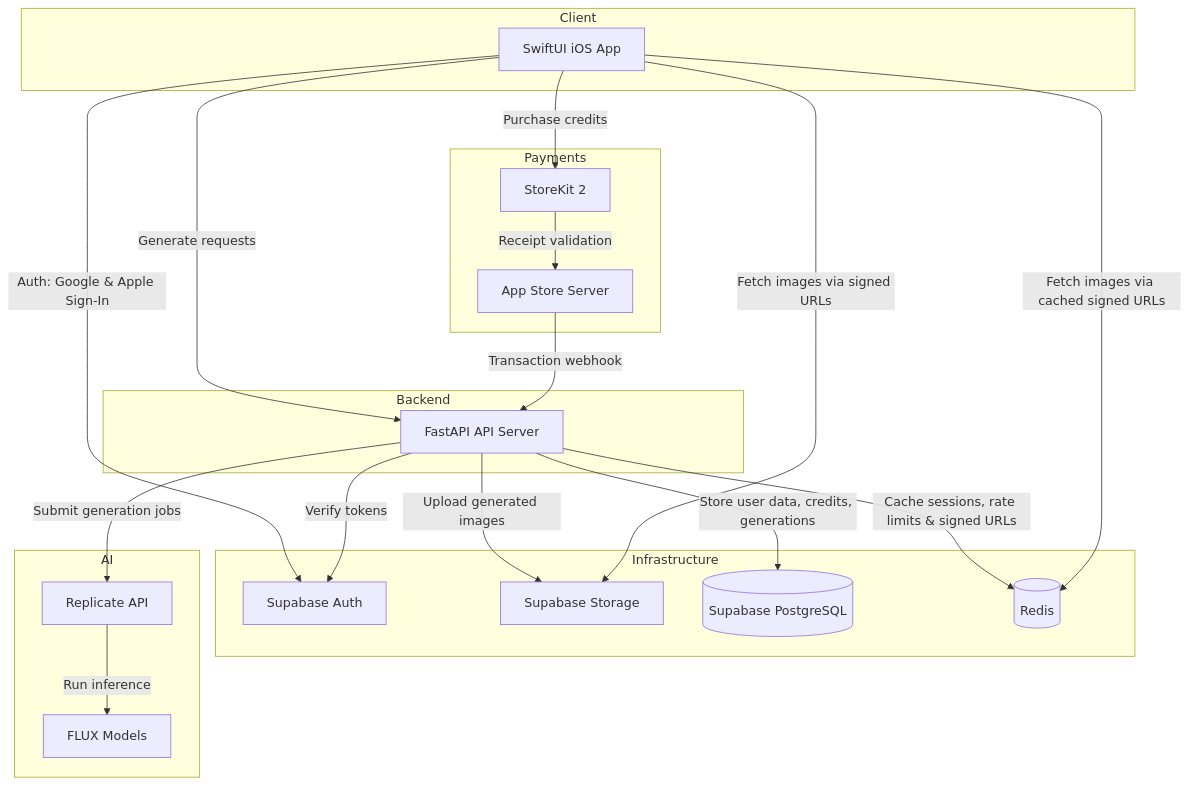
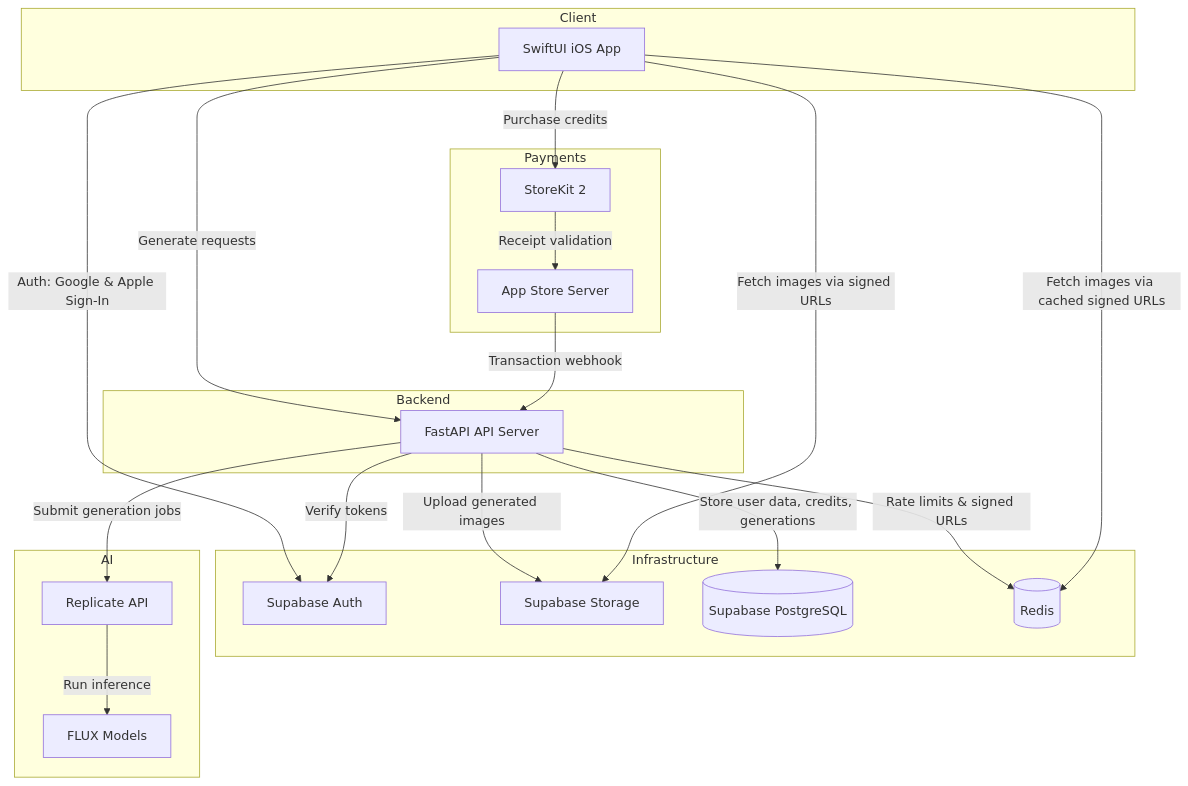
Before and after one commit to dennis-nw/dennis-nw: the diagram in docs/illumity-architecture.md, drawn with Mermaid. The commit also changed other lines of this file and 2 other files, not shown here.

Commit message:
Still200

````diff
--- a/docs/illumity-architecture.md
+++ b/docs/illumity-architecture.md
@@ -11,43 +11,43 @@
 ```mermaid
 graph TB
     subgraph Client
         App[SwiftUI iOS App]
     end
 
     subgraph Backend
         API[FastAPI API Server]
     end
 
     subgraph Infrastructure
         SB_Auth[Supabase Auth]
         SB_Storage[Supabase Storage]
         SB_DB[(Supabase PostgreSQL)]
         Redis[(Redis)]
     end
 
     subgraph AI
         Replicate[Replicate API]
         FLUX[FLUX Models]
     end
 
     subgraph Payments
         StoreKit[StoreKit 2]
         AppStore[App Store Server]
     end
 
     App -->|Auth: Google & Apple Sign-In| SB_Auth
     App -->|Generate requests| API
     App -->|Purchase credits| StoreKit
     StoreKit -->|Receipt validation| AppStore
     AppStore -->|Transaction webhook| API
 
     API -->|Verify tokens| SB_Auth
     API -->|Store user data, credits, generations| SB_DB
-    API -->|Cache sessions, rate limits & signed URLs| Redis
+    API -->|Rate limits & signed URLs| Redis
     API -->|Upload generated images| SB_Storage
     API -->|Submit generation jobs| Replicate
     Replicate -->|Run inference| FLUX
 
     App -->|Fetch images via signed URLs| SB_Storage
     App -->|Fetch images via cached signed URLs| Redis
 ```
````
